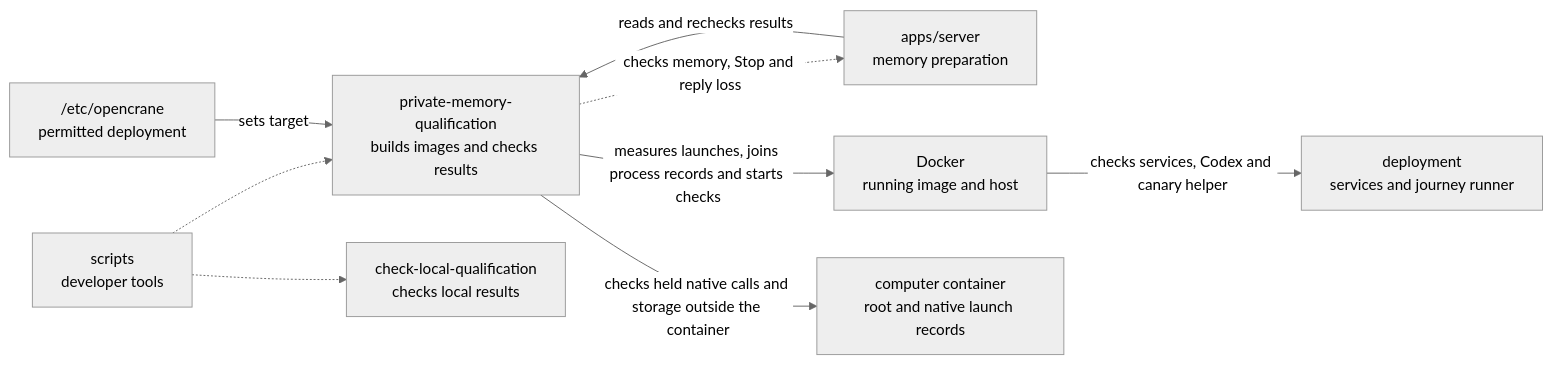
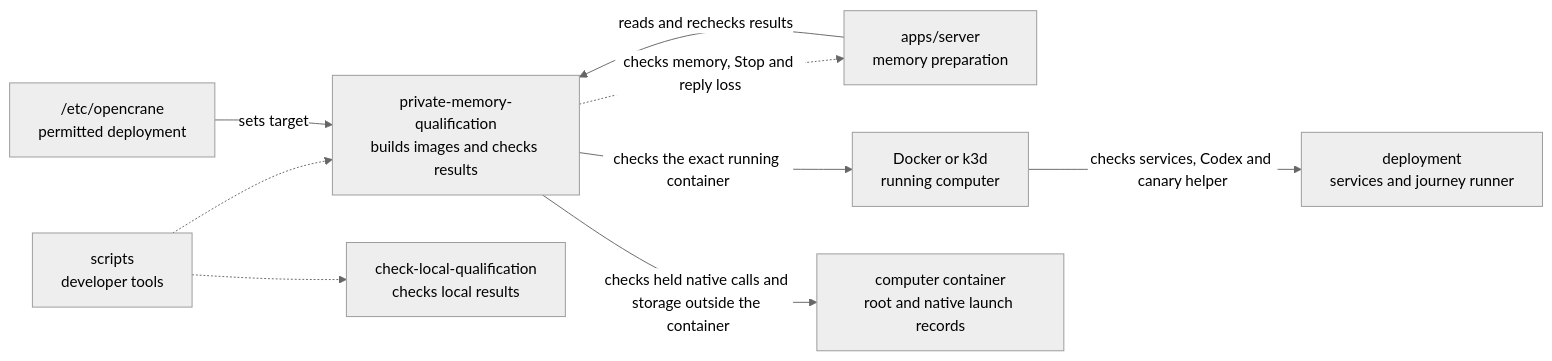
The diagram in scripts/private-memory-qualification/README.md (elewa-git/opencrane-new), drawn with Mermaid (neutral theme) before and after one commit. The commit also changed other lines of this file and 13 other files, not shown here.

````diff
--- a/scripts/private-memory-qualification/README.md
+++ b/scripts/private-memory-qualification/README.md
@@ -20,11 +21,11 @@
 ```mermaid
 flowchart LR
   scripts["scripts<br/>developer tools"] -.-> collector["private-memory-qualification<br/>builds images and checks results"]
   scripts -.-> sibling["check-local-qualification<br/>checks local results"]
   server["apps/server<br/>memory preparation"] -->|reads and rechecks results| collector
   collector -.->|checks memory, Stop and reply loss| server
   config["/etc/opencrane<br/>permitted deployment"] -->|sets target| collector
-  collector -->|measures launches, joins process records and starts checks| docker["Docker<br/>running image and host"]
+  collector -->|checks the exact running container| docker["Docker or k3d<br/>running computer"]
   docker -->|checks services, Codex and canary helper| deployment["deployment<br/>services and journey runner"]
   collector -->|checks held native calls and storage outside the container| computer["computer container<br/>root and native launch records"]
 ```
````
